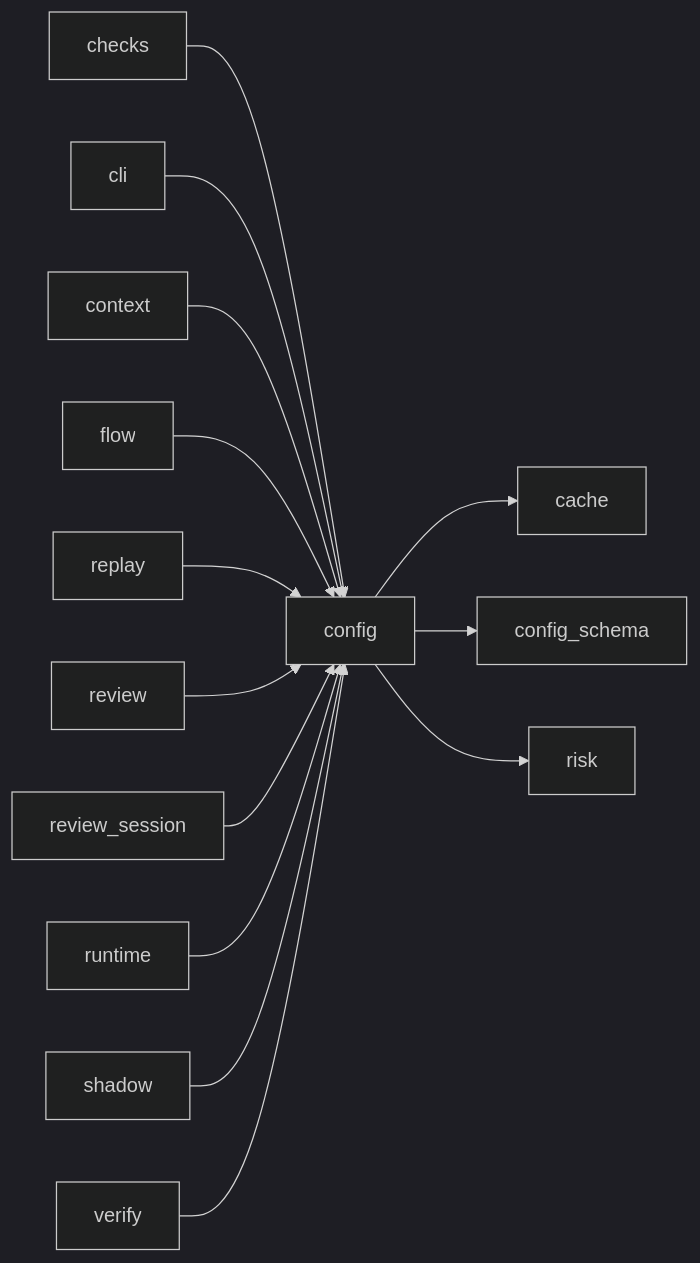
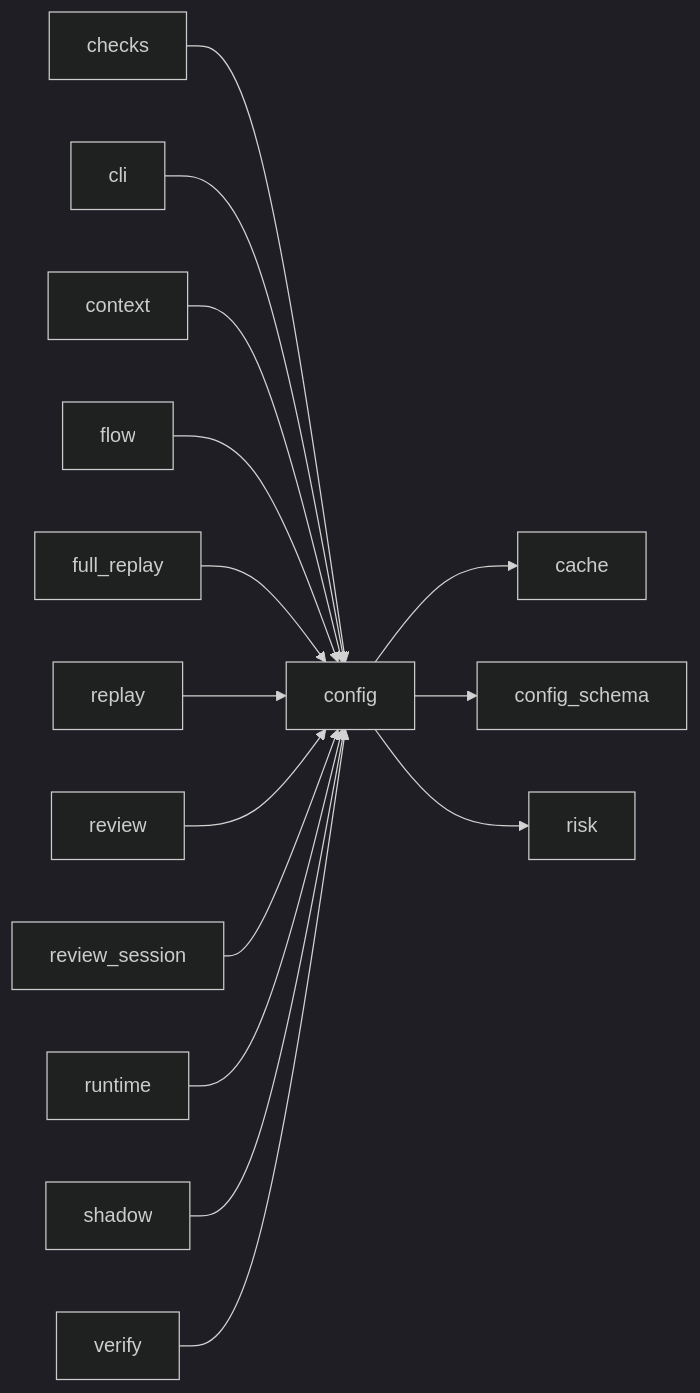
Before and after one commit to plaplanche/ariane: the third of 3 diagrams in docs/architecture/modules/config.md, drawn with Mermaid (dark theme). The commit also changed 41 other files, not shown here.

Commit message:
#186: Sampled full replay, escapes and escape rate in ariane report (C9, C19)

````diff
--- a/docs/architecture/modules/config.md
+++ b/docs/architecture/modules/config.md
@@ -172,16 +172,17 @@
 ```mermaid
 flowchart LR
   checks --> config
   cli --> config
   config --> cache
   config --> config_schema
   config --> risk
   context --> config
   flow --> config
+  full_replay --> config
   replay --> config
   review --> config
   review_session --> config
   runtime --> config
   shadow --> config
   verify --> config
 ```
````
